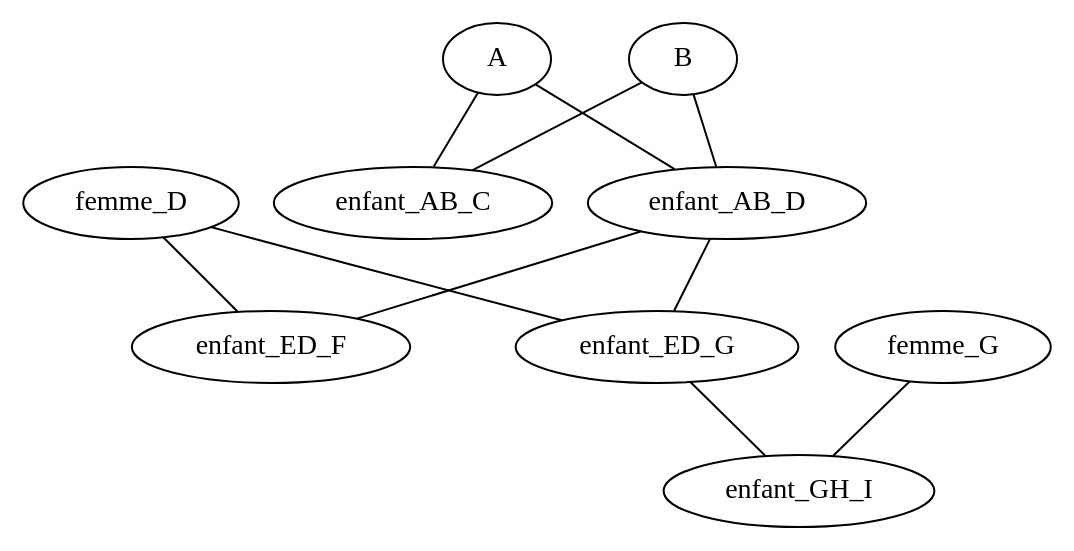
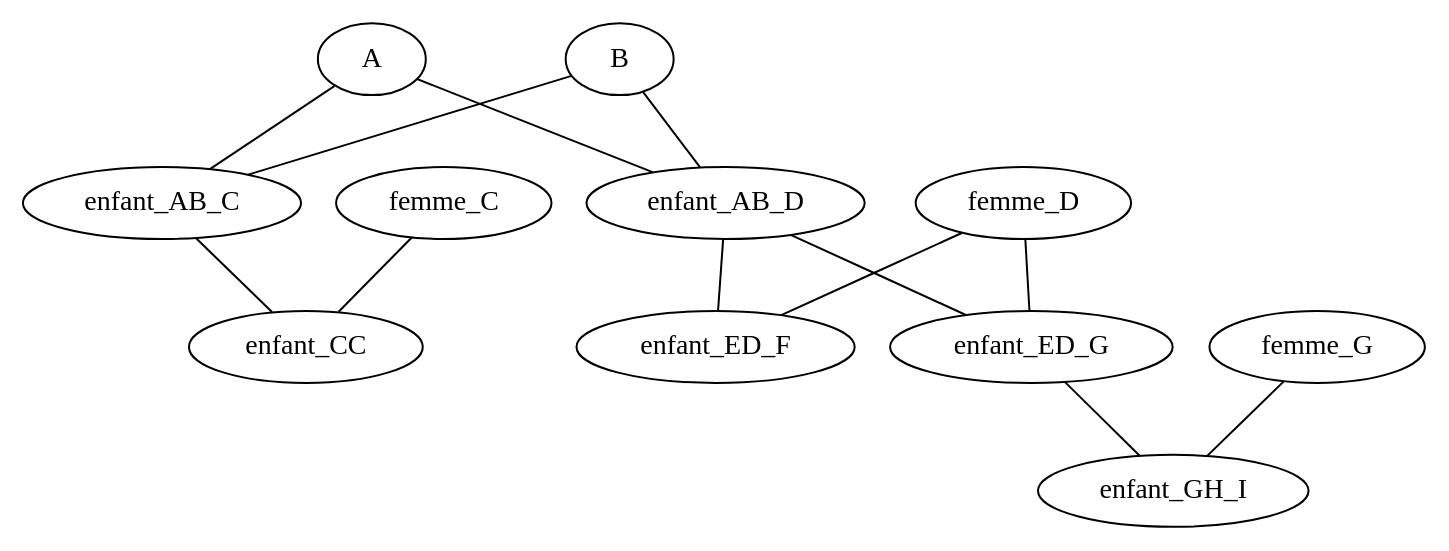
Before and after one commit to H0rowitz/genealogy-tree-management-library: the diagram in l3-----scrooge-mcduck/graph.dot, drawn with Graphviz. The commit also changed 7 other files, not shown here.

```diff
--- a/l3-----scrooge-mcduck/graph.dot
+++ b/l3-----scrooge-mcduck/graph.dot
@@ -1,12 +1,14 @@
 graph {
 	A -- enfant_AB_C;
 	A -- enfant_AB_D;
 	B -- enfant_AB_C;
 	B -- enfant_AB_D;
+	enfant_AB_C -- enfant_CC;
 	enfant_AB_D -- enfant_ED_F;
 	enfant_AB_D -- enfant_ED_G;
+	femme_C -- enfant_CC;
 	femme_D -- enfant_ED_F;
 	femme_D -- enfant_ED_G;
 	enfant_ED_G -- enfant_GH_I;
 	femme_G -- enfant_GH_I;
 }
```
